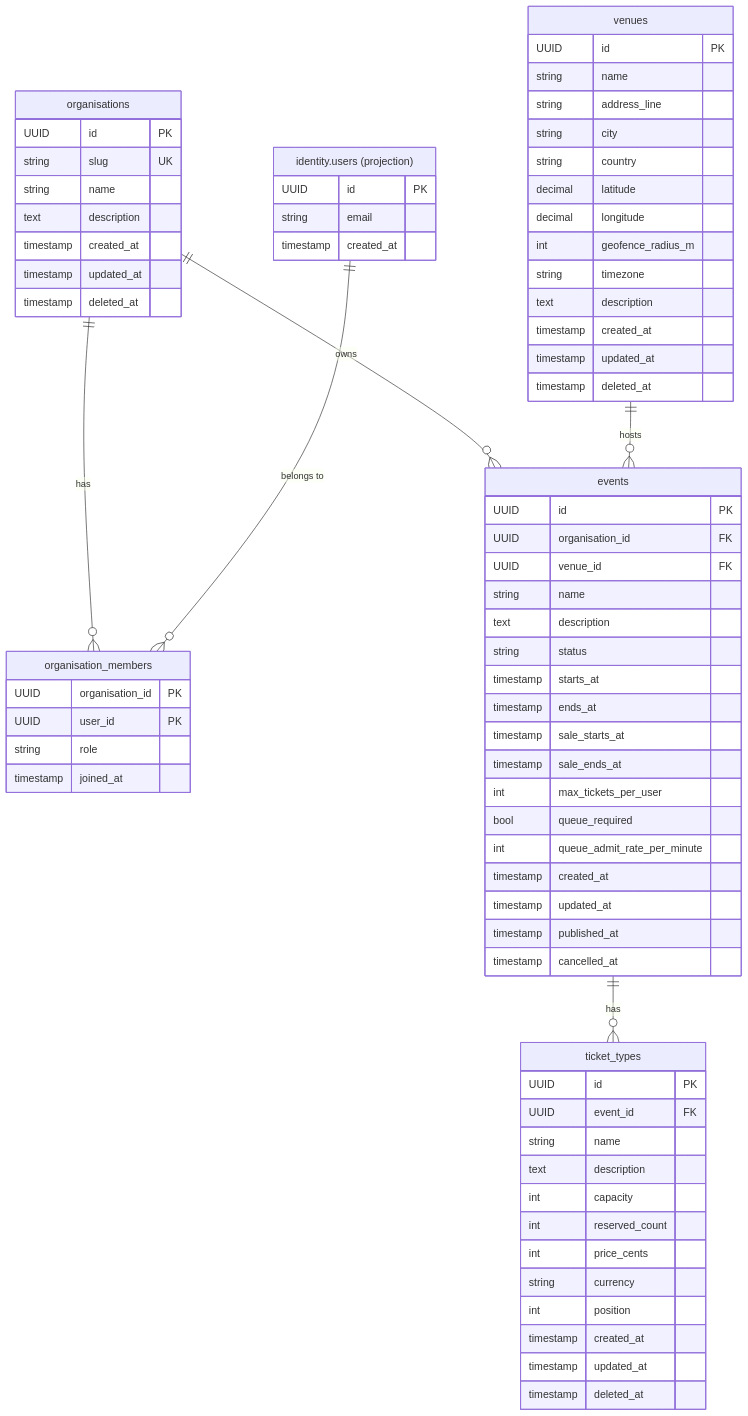
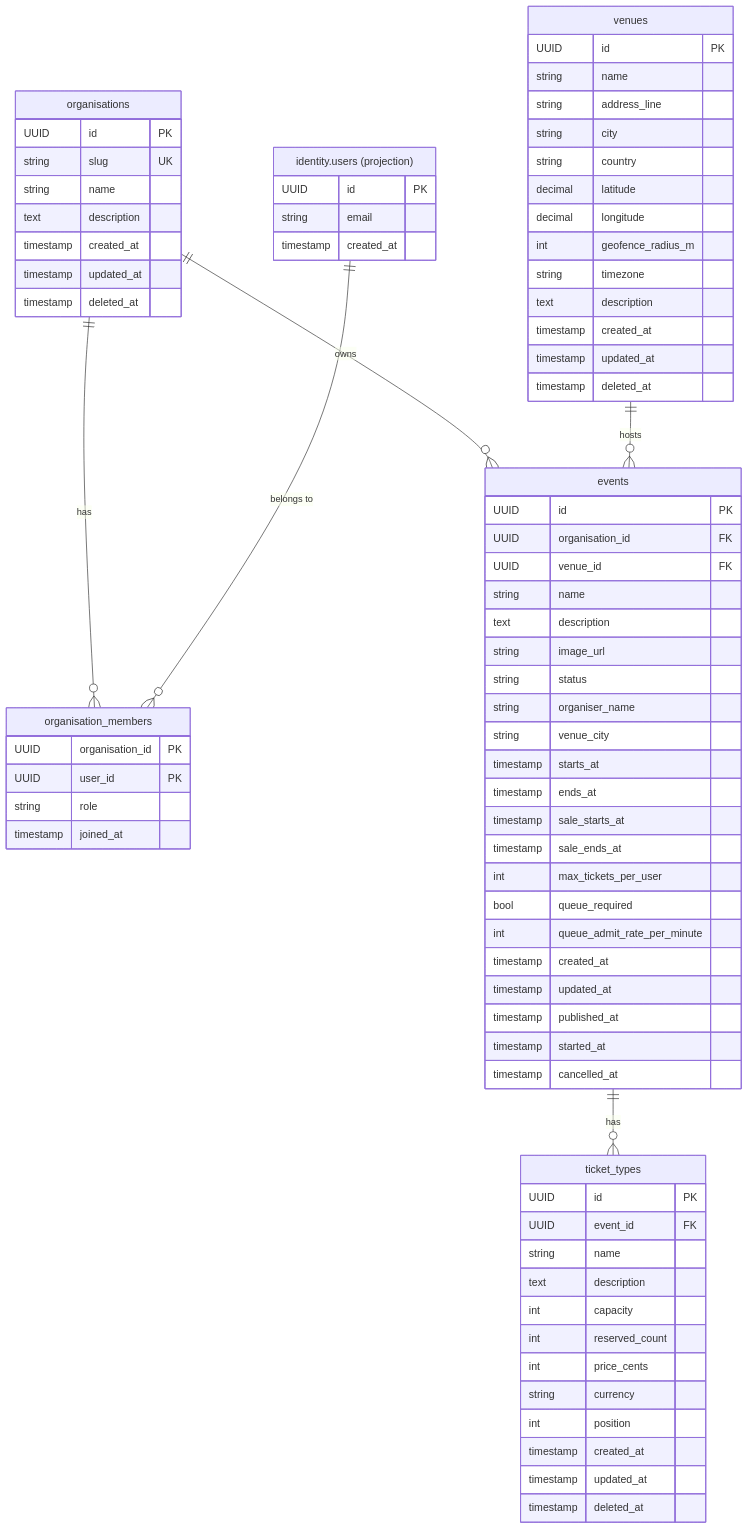
The diagram in docs/api/services/catalog/schema.md (cristiangilsanz/qrew), drawn with Mermaid before and after one commit. The commit also changed other lines of this file and 222 other files, not shown here.

```diff
--- a/docs/api/services/catalog/schema.md
+++ b/docs/api/services/catalog/schema.md
@@ -41,7 +41,10 @@
         UUID venue_id FK
         string name
         text description
+        string image_url
         string status
+        string organiser_name
+        string venue_city
         timestamp starts_at
         timestamp ends_at
         timestamp sale_starts_at
@@ -52,6 +55,7 @@
         timestamp created_at
         timestamp updated_at
         timestamp published_at
+        timestamp started_at
         timestamp cancelled_at
     }
 
```
